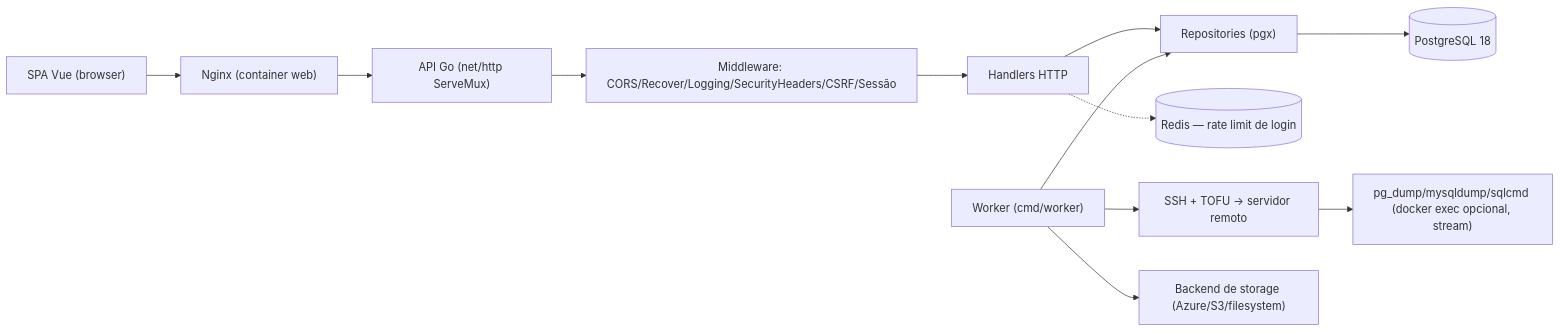
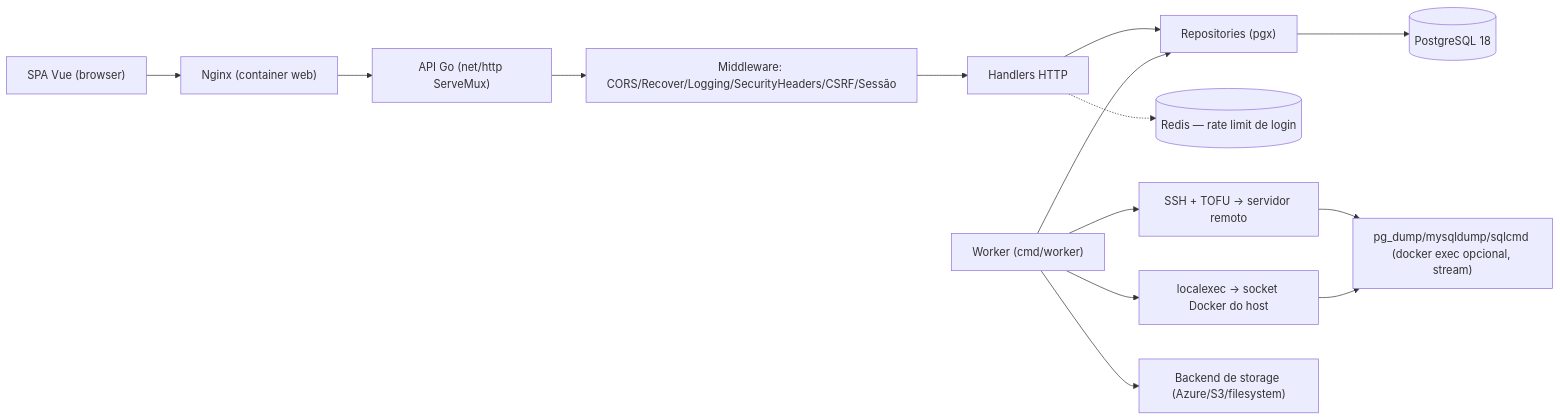
The first of 2 diagrams in docs/Arquitetura.md (c3t4r4/Backapeando-Backup-Manager), drawn with Mermaid before and after one commit. The commit also changed other lines of this file and 38 other files, not shown here.

First line of the commit message:
feat(docker): add support for local connection mode

````diff
--- a/docs/Arquitetura.md
+++ b/docs/Arquitetura.md
@@ -165,14 +167,16 @@
 ```mermaid
 flowchart LR
     Cliente["SPA Vue (browser)"] --> Proxy["Nginx (container web)"]
     Proxy --> API["API Go (net/http ServeMux)"]
     API --> Auth["Middleware: CORS/Recover/Logging/SecurityHeaders/CSRF/Sessão"]
     Auth --> Handlers["Handlers HTTP"]
     Handlers --> Repos["Repositories (pgx)"]
     Repos --> Banco[("PostgreSQL 18")]
     Handlers -.-> Redis[("Redis — rate limit de login")]
     Worker["Worker (cmd/worker)"] --> Repos
     Worker --> SSH["SSH + TOFU → servidor remoto"]
+    Worker --> Local["localexec → socket Docker do host"]
     SSH --> Dump["pg_dump/mysqldump/sqlcmd (docker exec opcional, stream)"]
+    Local --> Dump
     Worker --> Storage["Backend de storage (Azure/S3/filesystem)"]
 ```
````
